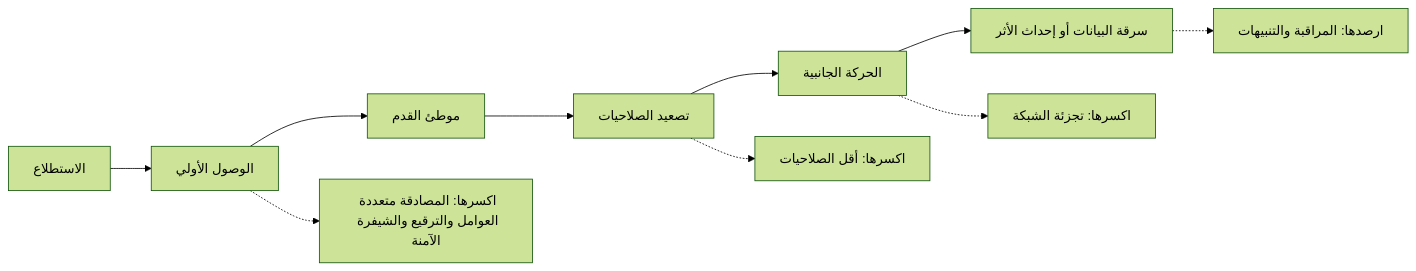
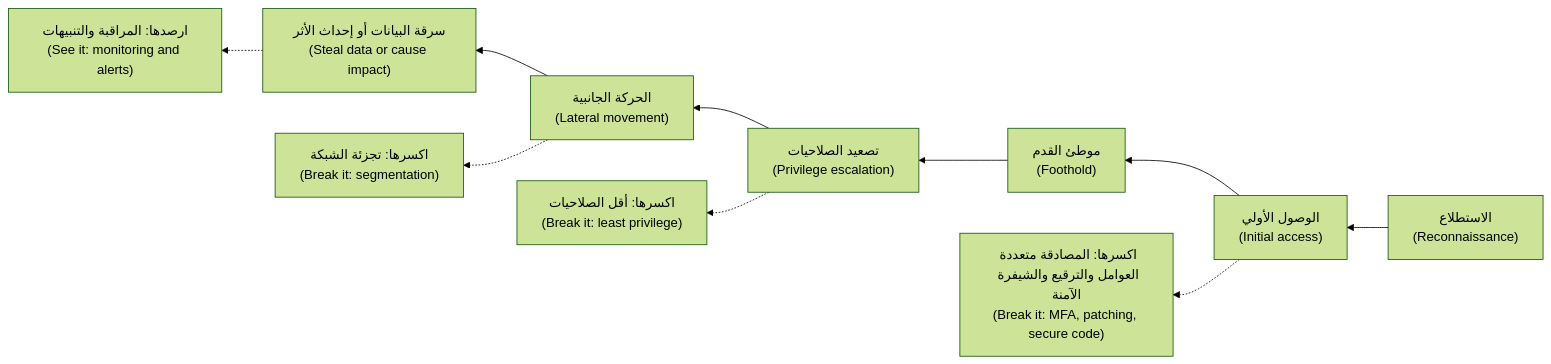
One commit to Tamoura/system-design-for-vibe-coders changed the second of 3 diagrams in secai/modules/00-orientation.ar.md. Above: the diagram before and after it, drawn with Mermaid (forest theme). The commit also changed other lines of this file and 11 other files, not shown here.

First line of the commit message:
Security course: Arabic modules 10–11 reviewed; RTL diagrams with English labels for modules 0–11

````diff
--- a/secai/modules/00-orientation.ar.md
+++ b/secai/modules/00-orientation.ar.md
@@ -289,12 +289,12 @@
 ```mermaid
-flowchart LR
-    A["الاستطلاع"] --> B["الوصول الأولي"]
-    B --> C["موطئ القدم"]
-    C --> D["تصعيد الصلاحيات"]
-    D --> E["الحركة الجانبية"]
-    E --> F["سرقة البيانات أو إحداث الأثر"]
-    B -.-> G["اكسرها: المصادقة متعددة العوامل والترقيع والشيفرة الآمنة"]
-    D -.-> H["اكسرها: أقل الصلاحيات"]
-    E -.-> I["اكسرها: تجزئة الشبكة"]
-    F -.-> J["ارصدها: المراقبة والتنبيهات"]
+flowchart RL
+    A["الاستطلاع<br/>(Reconnaissance)"] --> B["الوصول الأولي<br/>(Initial access)"]
+    B --> C["موطئ القدم<br/>(Foothold)"]
+    C --> D["تصعيد الصلاحيات<br/>(Privilege escalation)"]
+    D --> E["الحركة الجانبية<br/>(Lateral movement)"]
+    E --> F["سرقة البيانات أو إحداث الأثر<br/>(Steal data or cause impact)"]
+    B -.-> G["اكسرها: المصادقة متعددة العوامل والترقيع والشيفرة الآمنة<br/>(Break it: MFA, patching, secure code)"]
+    D -.-> H["اكسرها: أقل الصلاحيات<br/>(Break it: least privilege)"]
+    E -.-> I["اكسرها: تجزئة الشبكة<br/>(Break it: segmentation)"]
+    F -.-> J["ارصدها: المراقبة والتنبيهات<br/>(See it: monitoring and alerts)"]
 ```
````
